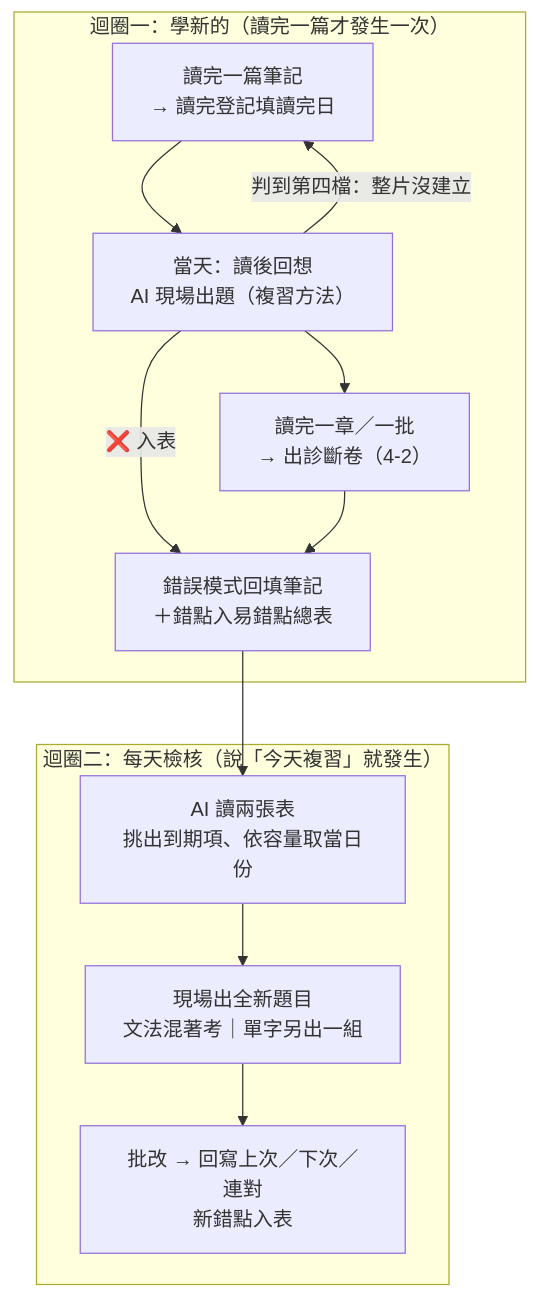
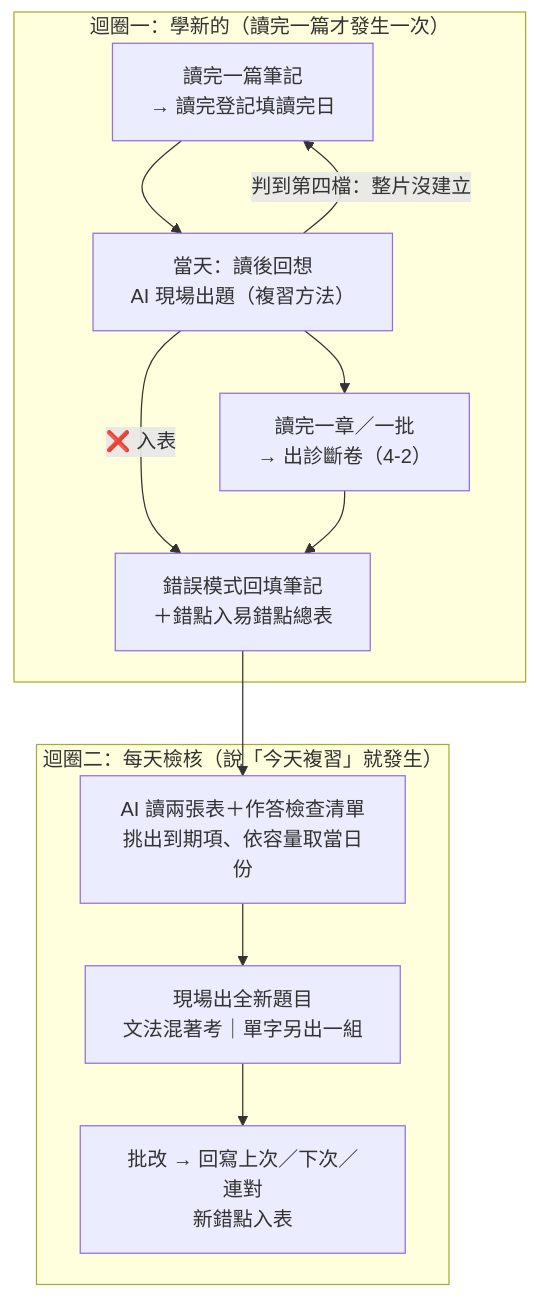
One commit to aquariusCCA/english-learning-system changed the first of 2 diagrams in 00 使用說明與範本/使用說明.md. Above: the diagram before and after it, drawn with Mermaid. The commit also changed other lines of this file and 7 other files, not shown here.

````diff
--- a/00 使用說明與範本/使用說明.md
+++ b/00 使用說明與範本/使用說明.md
@@ -135,15 +141,15 @@
 ```mermaid
 flowchart TB
     subgraph L1["迴圈一：學新的（讀完一篇才發生一次）"]
         A["讀完一篇筆記<br>→ 讀完登記填讀完日"] --> A2["當天：讀後回想<br>AI 現場出題（複習方法）"]
         A2 -->|"判到第四檔：整片沒建立"| A
         A2 -->|"❌ 入表"| C
         A2 --> B["讀完一章／一批<br>→ 出診斷卷（4-2）"]
         B --> C["錯誤模式回填筆記<br>＋錯點入易錯點總表"]
     end
     subgraph L2["迴圈二：每天檢核（說「今天複習」就發生）"]
-        D["AI 讀兩張表<br>挑出到期項、依容量取當日份"] --> E["現場出全新題目<br>文法混著考｜單字另出一組"]
+        D["AI 讀兩張表＋作答檢查清單<br>挑出到期項、依容量取當日份"] --> E["現場出全新題目<br>文法混著考｜單字另出一組"]
         E --> F["批改 → 回寫上次／下次／連對<br>新錯點入表"]
     end
     C --> D
 ```
````
